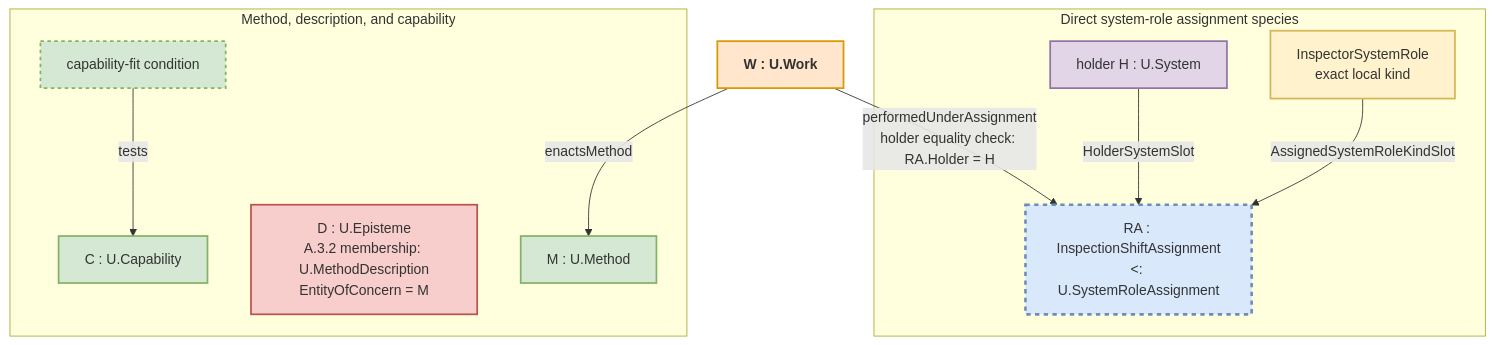
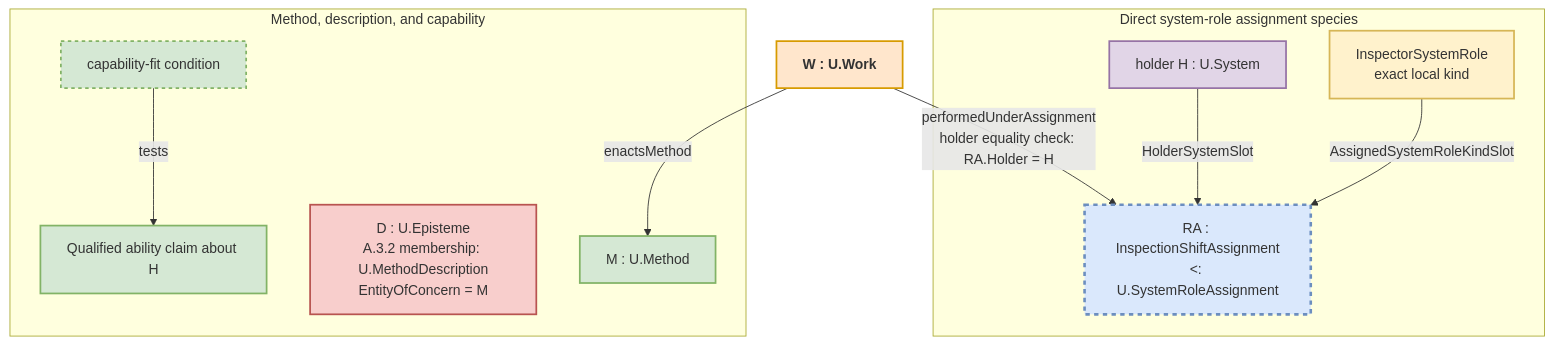
One commit to ansea09/fpf-spec-mirror changed the diagram in fpf_chunks/by_pattern/A.15.md. Above: the diagram before and after it, drawn with Mermaid. The commit also changed other lines of this file and 5712 other files, not shown here.

````diff
--- a/fpf_chunks/by_pattern/A.15.md
+++ b/fpf_chunks/by_pattern/A.15.md
@@ -188,25 +188,25 @@
 ```mermaid
 graph TD
     subgraph "Direct system-role assignment species"
         H["holder H : U.System"] -- "HolderSystemSlot" --> RA["RA : InspectionShiftAssignment<br/><: U.SystemRoleAssignment"]
         K["InspectorSystemRole<br/>exact local kind"] -- "AssignedSystemRoleKindSlot" --> RA
     end
 
     subgraph "Method, description, and capability"
         M["M : U.Method"]
         D["D : U.Episteme<br/>A.3.2 membership: U.MethodDescription<br/>EntityOfConcern = M"]
-        Cap["C : U.Capability"]
+        Cap["Qualified ability claim about H"]
         Fit["capability-fit condition"] -- "tests" --> Cap
     end
 
     W["W : U.Work"] -- "performedUnderAssignment<br/>holder equality check: RA.Holder = H" --> RA
     W -- "enactsMethod" --> M
     style K fill:#fff2cc,stroke:#d6b656,stroke-width:2px
     style Cap fill:#d5e8d4,stroke:#82b366,stroke-width:2px
     style Fit fill:#d5e8d4,stroke:#82b366,stroke-width:2px,stroke-dasharray: 4 4
     style M fill:#d5e8d4,stroke:#82b366,stroke-width:2px
     style D fill:#f8cecc,stroke:#b85450,stroke-width:2px
     style H fill:#e1d5e7,stroke:#9673a6,stroke-width:2px
     style RA fill:#dae8fc,stroke:#6c8ebf,stroke-width:3px,stroke-dasharray: 5 5
     style W fill:#ffe6cc,stroke:#d79b00,stroke-width:2px,font-weight:bold
 ```
````
